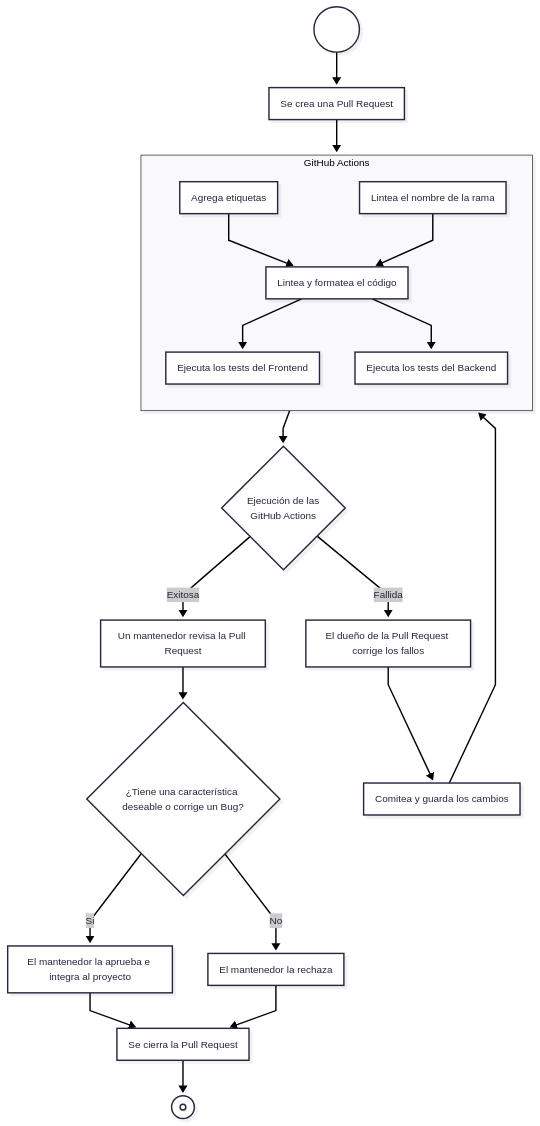
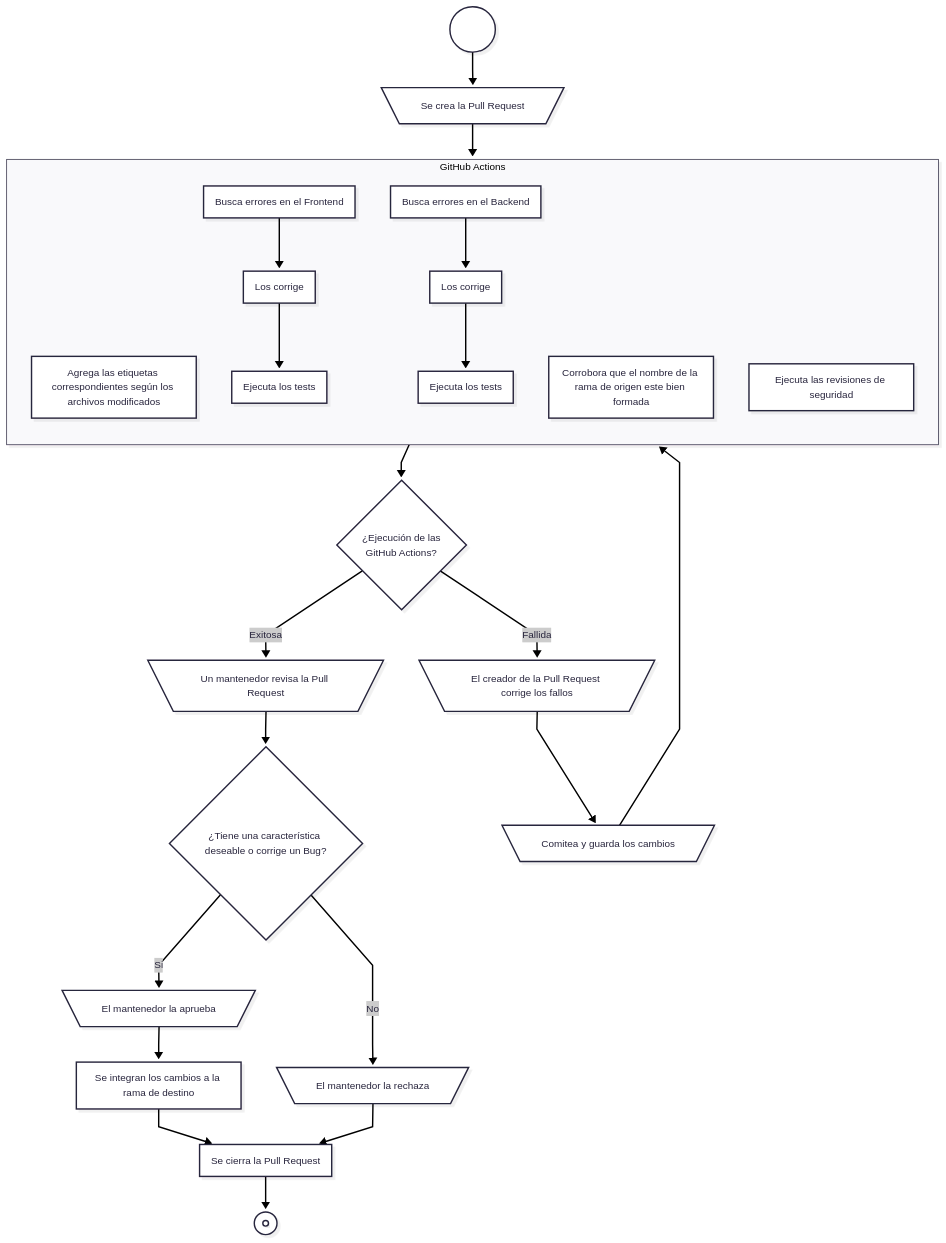
One commit to hozlucas28/UNLaM-Calendar changed the diagram in CONTRIBUTING.md. Above: the diagram before and after it, drawn with Mermaid. The commit also changed other lines of this file, not shown here.

````diff
--- a/CONTRIBUTING.md
+++ b/CONTRIBUTING.md
@@ -119,49 +119,57 @@
 ```mermaid
 ---
 config:
   look: neo
   theme: redux
   flowchart:
     curve: linear
     inheritDir: true
     htmlLabels: true
 ---
 
 flowchart
 	direction TB
 
-	Start[ ]@{ shape: circle }
+	Start[ ]@{ shape: circle } --> CreatePR
 
-	Start --> CreatePR
-	CreatePR["Se crea una Pull Request"] --> RunGHActions
+	CreatePR@{ shape: trap-t, label: "Se crea la Pull Request" } --> RunGHActions
 
 	subgraph RunGHActions["GitHub Actions"]
-		AddLabel["Agrega etiquetas"] --> LintAndFormat
-		LintBranchName["Lintea el nombre de la rama"] --> LintAndFormat
-		LintAndFormat["Lintea y formatea el código"] --> RunFrontendTests
-		LintAndFormat["Lintea y formatea el código"] --> RunBackendTests
-		RunFrontendTests["Ejecuta los tests del Frontend"]
-		RunBackendTests["Ejecuta los tests del Backend"]
+		AddLabels["Agrega las etiquetas correspondientes según los archivos modificados"]
+		LintHeadBranchName["Corrobora que el nombre de la rama de origen este bien formada"]
+
+		LintFrontend["Busca errores en el Frontend"] --> FixFrontend
+		FixFrontend["Los corrige"] --> TestFrontend
+		TestFrontend["Ejecuta los tests"]
+
+
+		LintBackend["Busca errores en el Backend"] --> FixBackend
+		FixBackend["Los corrige"] --> TestBackend
+		TestBackend["Ejecuta los tests"]
+
+		SecurityChecks["Ejecuta las revisiones de seguridad"]
 	end
 
 	RunGHActions --> RunGHActionsOutput
 
-	RunGHActionsOutput{"Ejecución de las <br />GitHub Actions"}
+	RunGHActionsOutput{"¿Ejecución de las <br />GitHub Actions?"}
 	RunGHActionsOutput -->|Exitosa| MaintainerReviewPR
-	RunGHActionsOutput -->|Fallida| OwnerFixPR
+	RunGHActionsOutput -->|Fallida| CreatorFixPR
 
-	MaintainerReviewPR["Un mantenedor revisa la Pull Request"] --> PRHasDesirableFeatureOrBugFix
-	OwnerFixPR["El dueño de la Pull Request corrige los fallos"] --> CommitAndSaveChanges
-	CommitAndSaveChanges["Comitea y guarda los cambios"] --> RunGHActions
+	MaintainerReviewPR@{ shape: trap-t, label: "Un mantenedor revisa la Pull Request" } --> PRHasDesirableFeatureOrBugFix
+	CreatorFixPR@{ shape: trap-t, label: "El creador de la Pull Request corrige los fallos" } --> CommitAndSaveChanges
+	CommitAndSaveChanges@{ shape: trap-t, label: "Comitea y guarda los cambios" } --> RunGHActions
 
 	PRHasDesirableFeatureOrBugFix{"¿Tiene una característica deseable o corrige un Bug?"}
-	PRHasDesirableFeatureOrBugFix -->|Si| ApproveAndMergePR
+	PRHasDesirableFeatureOrBugFix -->|Si| Approve
 	PRHasDesirableFeatureOrBugFix -->|No| RejectPR
 
-	ApproveAndMergePR["El mantenedor la aprueba e integra al proyecto"] --> ClosePR
-	RejectPR["El mantenedor la rechaza"] --> ClosePR
+	Approve@{ shape: trap-t, label: "El mantenedor la aprueba" } --> Merge
+	Merge["Se integran los cambios a la rama de destino"] --> Close
 
-	ClosePR["Se cierra la Pull Request"] --> End
+	RejectPR@{ shape: trap-t, label: "El mantenedor la rechaza" } --> Close
+
+	Close["Se cierra la Pull Request"] --> End
 
 	End[ ]@{ shape: dbl-circ }
 ```
````
